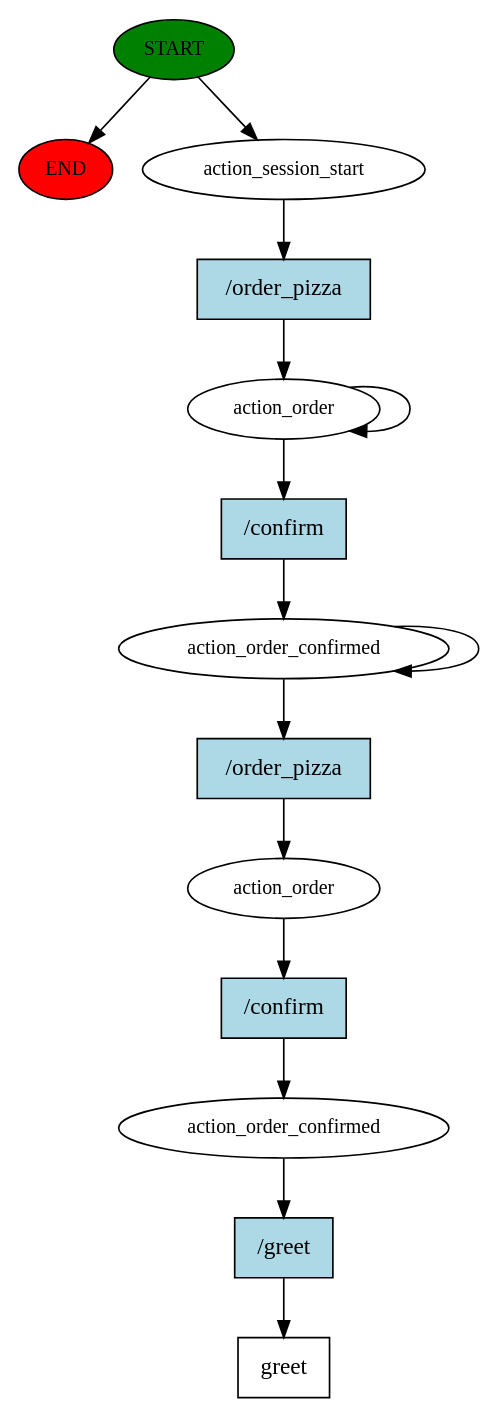
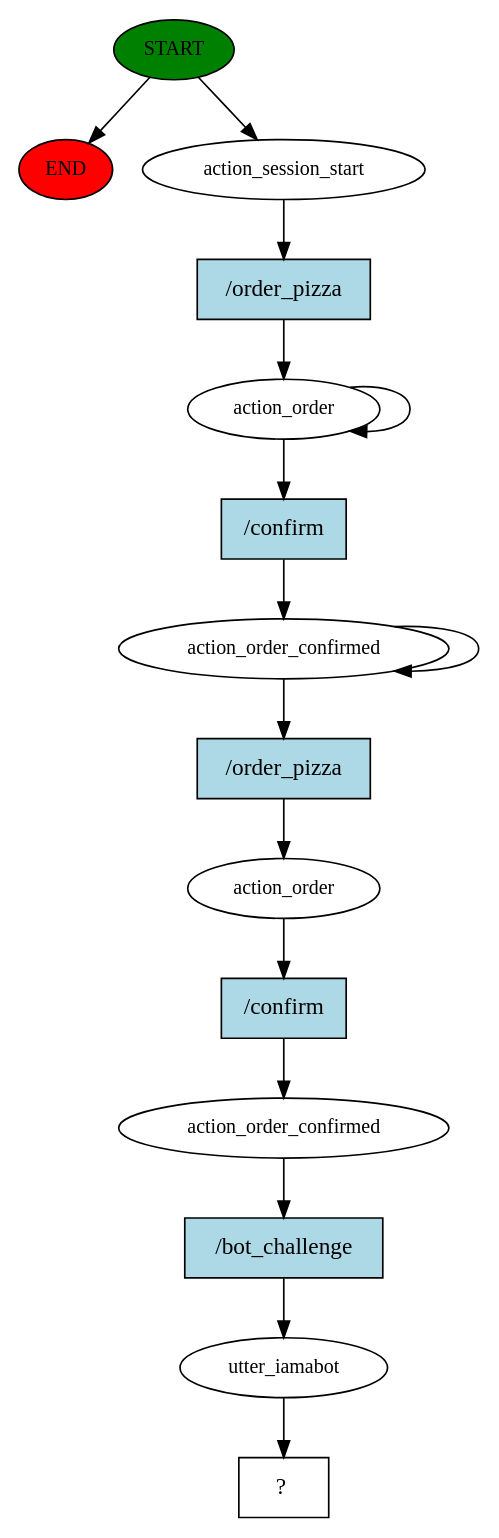
Before and after one commit to francesco-vaccari/HMD-Project: the diagram in rasa project/story_graph.dot, drawn with Graphviz.

```diff
--- a/rasa project/story_graph.dot
+++ b/rasa project/story_graph.dot
@@ -1,29 +1,31 @@
 digraph  {
 0 [class="start active", fillcolor=green, fontsize=12, label=START, style=filled];
 "-1" [class=end, fillcolor=red, fontsize=12, label=END, style=filled];
 1 [class=active, fontsize=12, label=action_session_start];
 2 [class=active, fontsize=12, label=action_order];
 4 [class=active, fontsize=12, label=action_order_confirmed];
 6 [class=active, fontsize=12, label=action_order];
 7 [class=active, fontsize=12, label=action_order_confirmed];
-8 [class="intent dashed active", label=greet, shape=rect];
-9 [class="intent active", fillcolor=lightblue, label="/order_pizza", shape=rect, style=filled];
-10 [class="intent active", fillcolor=lightblue, label="/confirm", shape=rect, style=filled];
-11 [class="intent active", fillcolor=lightblue, label="/order_pizza", shape=rect, style=filled];
-12 [class="intent active", fillcolor=lightblue, label="/confirm", shape=rect, style=filled];
-13 [class="intent active", fillcolor=lightblue, label="/greet", shape=rect, style=filled];
+8 [class=active, fontsize=12, label=utter_iamabot];
+9 [class="intent dashed active", label="  ?  ", shape=rect];
+10 [class="intent active", fillcolor=lightblue, label="/order_pizza", shape=rect, style=filled];
+11 [class="intent active", fillcolor=lightblue, label="/confirm", shape=rect, style=filled];
+12 [class="intent active", fillcolor=lightblue, label="/order_pizza", shape=rect, style=filled];
+13 [class="intent active", fillcolor=lightblue, label="/confirm", shape=rect, style=filled];
+14 [class="intent active", fillcolor=lightblue, label="/bot_challenge", shape=rect, style=filled];
 0 -> "-1"  [class="", key=NONE, label=""];
 0 -> 1  [class=active, key=NONE, label=""];
-1 -> 9  [class=active, key=0];
+1 -> 10  [class=active, key=0];
 2 -> 2  [class=active, key=NONE, label=""];
-2 -> 10  [class=active, key=0];
+2 -> 11  [class=active, key=0];
 4 -> 4  [class=active, key=NONE, label=""];
-4 -> 11  [class=active, key=0];
-6 -> 12  [class=active, key=0];
-7 -> 13  [class=active, key=0];
-9 -> 2  [class=active, key=0];
-10 -> 4  [class=active, key=0];
-11 -> 6  [class=active, key=0];
-12 -> 7  [class=active, key=0];
-13 -> 8  [class=active, key=0];
+4 -> 12  [class=active, key=0];
+6 -> 13  [class=active, key=0];
+7 -> 14  [class=active, key=0];
+8 -> 9  [class=active, key=NONE, label=""];
+10 -> 2  [class=active, key=0];
+11 -> 4  [class=active, key=0];
+12 -> 6  [class=active, key=0];
+13 -> 7  [class=active, key=0];
+14 -> 8  [class=active, key=0];
 }
```
